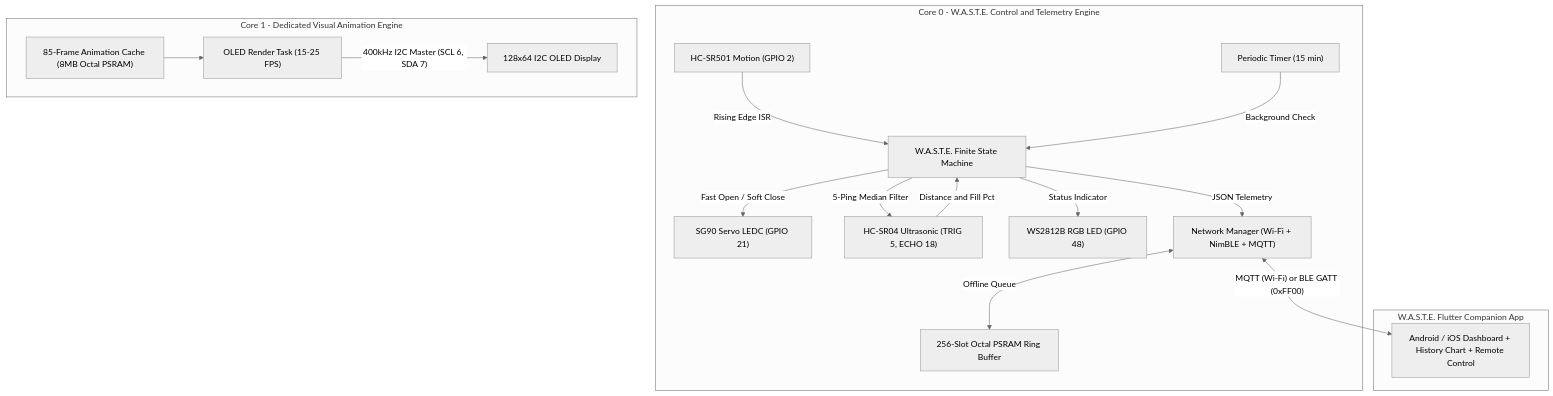
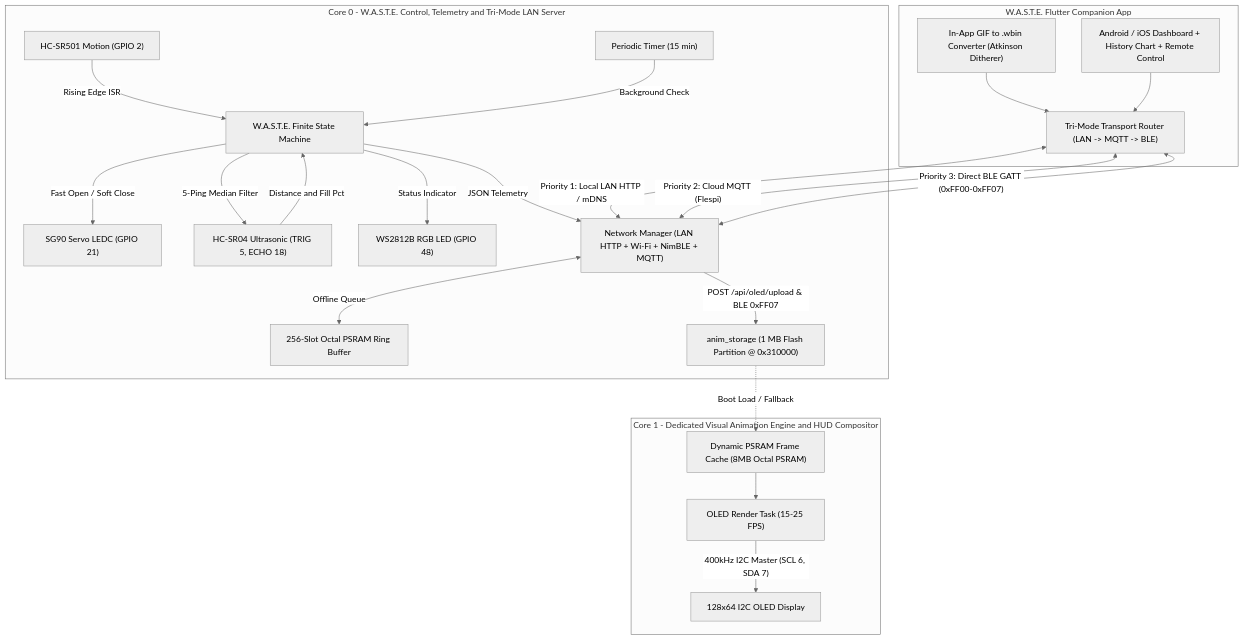
The diagram in README.md (ASCENDINGHeat/waste-trash-bin), drawn with Mermaid (neutral theme) before and after one commit. The commit also changed other lines of this file and 32 other files, not shown here.

Commit message:
feat(v2.0.0): implement Smart OLED HUD, Tri-Mode LAN & custom .wbin animation uploads

````diff
--- a/README.md
+++ b/README.md
@@ -58,24 +63,32 @@
 ```mermaid
 flowchart TD
-    subgraph Core0["Core 0 - W.A.S.T.E. Control and Telemetry Engine"]
+    subgraph Core0["Core 0 - W.A.S.T.E. Control, Telemetry and Tri-Mode LAN Server"]
         PIR["HC-SR501 Motion (GPIO 2)"] -->|"Rising Edge ISR"| FSM["W.A.S.T.E. Finite State Machine"]
         TIMER["Periodic Timer (15 min)"] -->|"Background Check"| FSM
         FSM -->|"Fast Open / Soft Close"| SERVO["SG90 Servo LEDC (GPIO 21)"]
         FSM -->|"5-Ping Median Filter"| ULTRA["HC-SR04 Ultrasonic (TRIG 5, ECHO 18)"]
         ULTRA -->|"Distance and Fill Pct"| FSM
         FSM -->|"Status Indicator"| RGB["WS2812B RGB LED (GPIO 48)"]
-        FSM -->|"JSON Telemetry"| NET["Network Manager (Wi-Fi + NimBLE + MQTT)"]
+        FSM -->|"JSON Telemetry"| NET["Network Manager (LAN HTTP + Wi-Fi + NimBLE + MQTT)"]
         NET <-->|"Offline Queue"| PSRAM_RB["256-Slot Octal PSRAM Ring Buffer"]
+        NET -->|"POST /api/oled/upload & BLE 0xFF07"| ANIM_STORE["anim_storage (1 MB Flash Partition @ 0x310000)"]
     end
 
-    subgraph Core1["Core 1 - Dedicated Visual Animation Engine"]
-        FRAMES["85-Frame Animation Cache (8MB Octal PSRAM)"] --> OLED_TASK["OLED Render Task (15-25 FPS)"]
+    subgraph Core1["Core 1 - Dedicated Visual Animation Engine and HUD Compositor"]
+        ANIM_STORE -.->|"Boot Load / Fallback"| FRAMES["Dynamic PSRAM Frame Cache (8MB Octal PSRAM)"]
+        FRAMES --> OLED_TASK["OLED Render Task (15-25 FPS)"]
         OLED_TASK -->|"400kHz I2C Master (SCL 6, SDA 7)"| OLED["128x64 I2C OLED Display"]
     end
 
     subgraph Mobile["W.A.S.T.E. Flutter Companion App"]
+        ROUTER["Tri-Mode Transport Router (LAN -> MQTT -> BLE)"]
+        CONV["In-App GIF to .wbin Converter (Atkinson Ditherer)"]
         APP["Android / iOS Dashboard + History Chart + Remote Control"]
+        CONV --> ROUTER
+        APP --> ROUTER
     end
 
-    NET <-->|"MQTT (Wi-Fi) or BLE GATT (0xFF00)"| APP
+    ROUTER <-->|"Priority 1: Local LAN HTTP / mDNS"| NET
+    ROUTER <-->|"Priority 2: Cloud MQTT (Flespi)"| NET
+    ROUTER <-->|"Priority 3: Direct BLE GATT (0xFF00-0xFF07)"| NET
 ```
````
